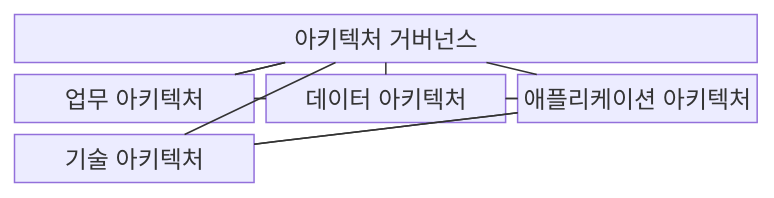
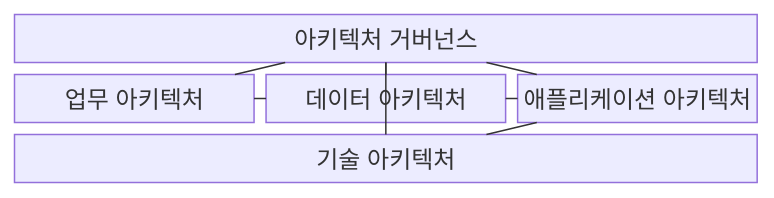
The first of 2 diagrams in src/content/docs/notes/07-law-policy/001_enterprise_architecture_togaf.md (agnusdei1207/knowledge-base), drawn with Mermaid before and after one commit. The commit also changed other lines of this file and 493 other files, not shown here.

````diff
--- a/src/content/docs/notes/07-law-policy/001_enterprise_architecture_togaf.md
+++ b/src/content/docs/notes/07-law-policy/001_enterprise_architecture_togaf.md
@@ -69,18 +69,14 @@
 ```mermaid
 block-beta
     columns 3
     G["아키텍처 거버넌스"]:3
     B["업무 아키텍처"] D["데이터 아키텍처"] A["애플리케이션 아키텍처"]
-    T["기술 아키텍처"]
+    T["기술 아키텍처"]:3
     G --- B
     G --- D
     G --- A
     G --- T
     B --- D
     D --- A
     A --- T
-    G --- B
-    B --- D
-    D --- A
-    A --- T
 ```
````
